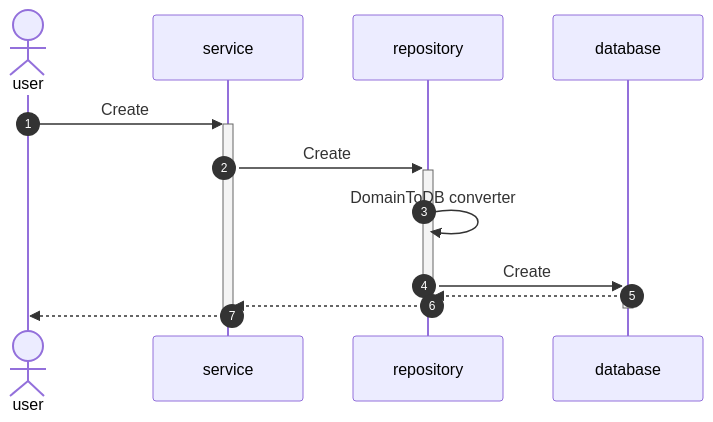
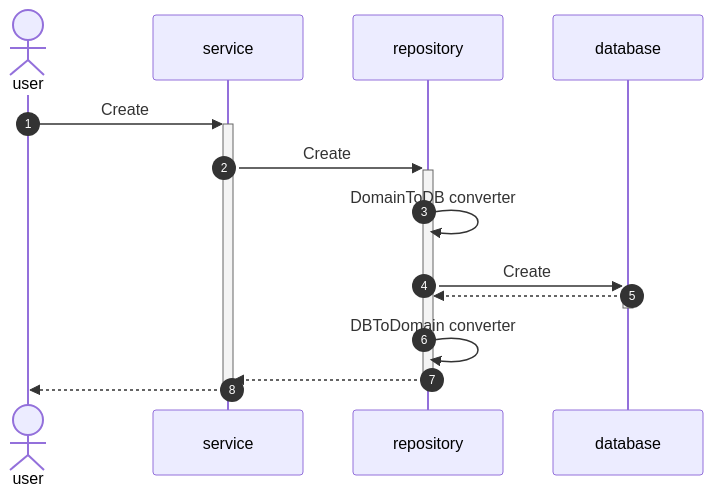
One commit to jalv82/go-bookstore-microservices changed the first of 2 diagrams in README.md. Above: the diagram before and after it, drawn with Mermaid. The commit also changed other lines of this file and 65 other files, not shown here.

````diff
--- a/README.md
+++ b/README.md
@@ -16,17 +16,18 @@
 ```mermaid
 sequenceDiagram
     autonumber
     
     actor user
     participant service
     participant repository
     participant database
     
     user ->> +service: Create
     service ->> +repository: Create
     repository ->> repository: DomainToDB converter
     repository ->> +database: Create
     database -->> -repository: 
+    repository ->> repository: DBToDomain converter
     repository -->> -service: 
     service -->> -user: 
 ```
````
